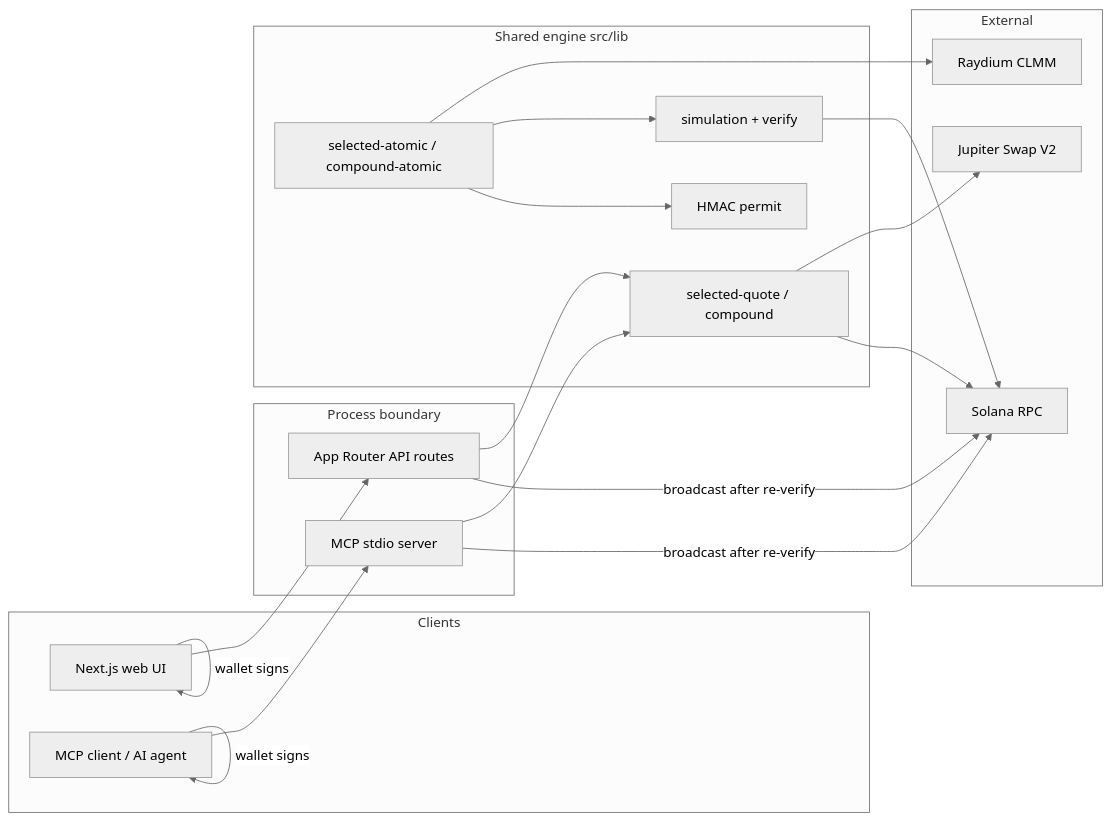
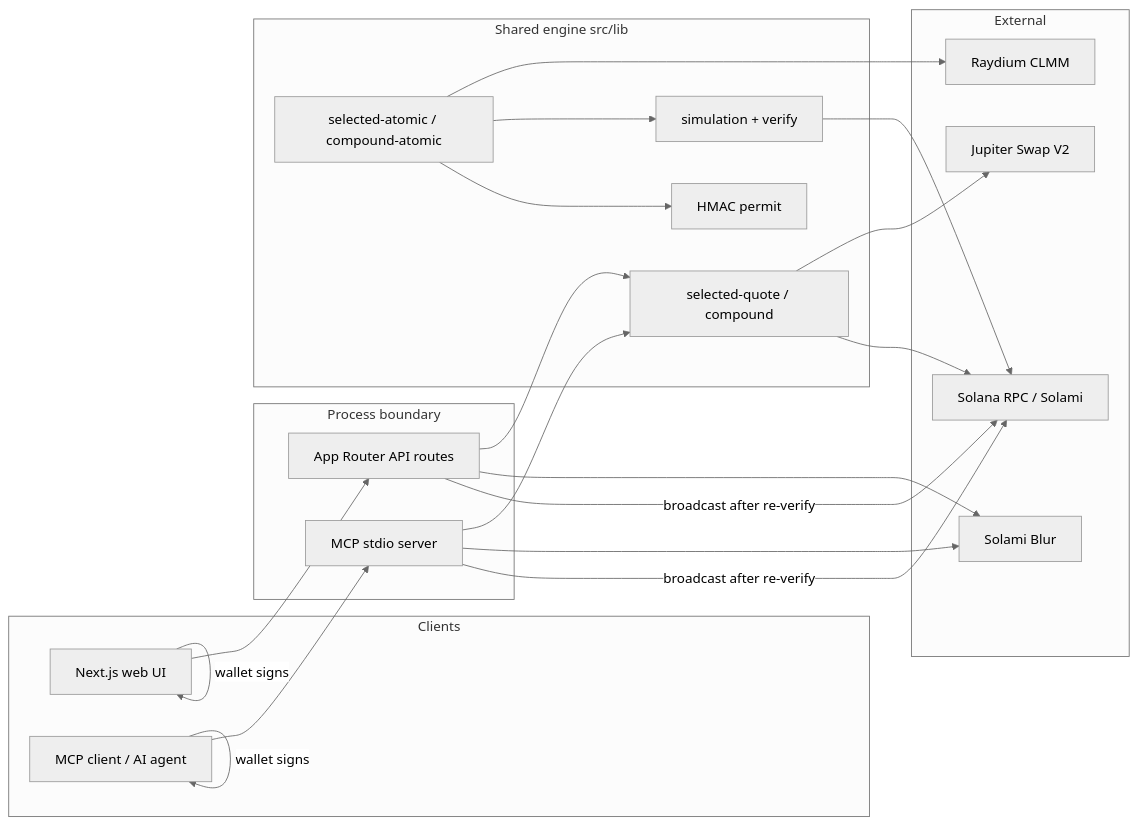
One commit to truenorth-lj/sofinance-public changed the diagram in README.md. Above: the diagram before and after it, drawn with Mermaid (neutral theme). The commit also changed other lines of this file and 40 other files, not shown here.

````diff
--- a/README.md
+++ b/README.md
@@ -185,36 +225,39 @@
 ```mermaid
 flowchart LR
   subgraph clients [Clients]
     Web[Next.js web UI]
     Agent[MCP client / AI agent]
   end
   subgraph edge [Process boundary]
     API[App Router API routes]
     MCP[MCP stdio server]
   end
   subgraph engine ["Shared engine src/lib"]
     Quote[selected-quote / compound]
     Atomic[selected-atomic / compound-atomic]
     Sim[simulation + verify]
     Permit[HMAC permit]
   end
   subgraph external [External]
-    RPC[Solana RPC]
+    RPC[Solana RPC / Solami]
+    Blur[Solami Blur]
     Jup[Jupiter Swap V2]
     Ray[Raydium CLMM]
   end
   Web --> API
   Agent --> MCP
   API --> Quote
   MCP --> Quote
   Quote --> Jup
   Quote --> RPC
+  API --> Blur
+  MCP --> Blur
   Atomic --> Ray
   Atomic --> Sim
   Sim --> RPC
   Atomic --> Permit
   Web -->|wallet signs| Web
   Agent -->|wallet signs| Agent
   API -->|broadcast after re-verify| RPC
   MCP -->|broadcast after re-verify| RPC
 ```
````
